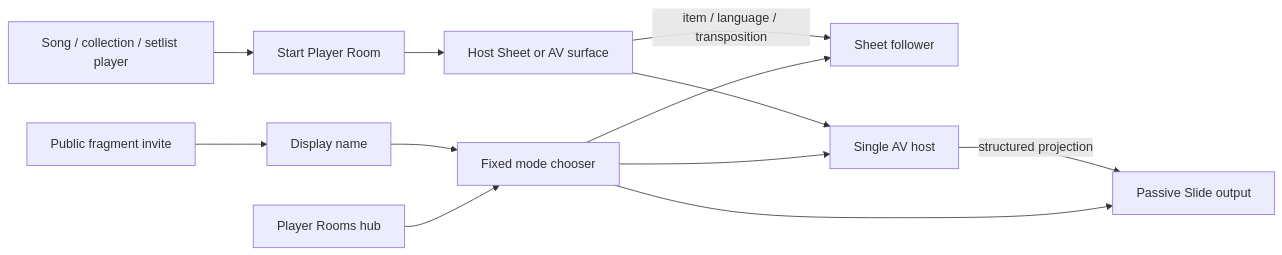
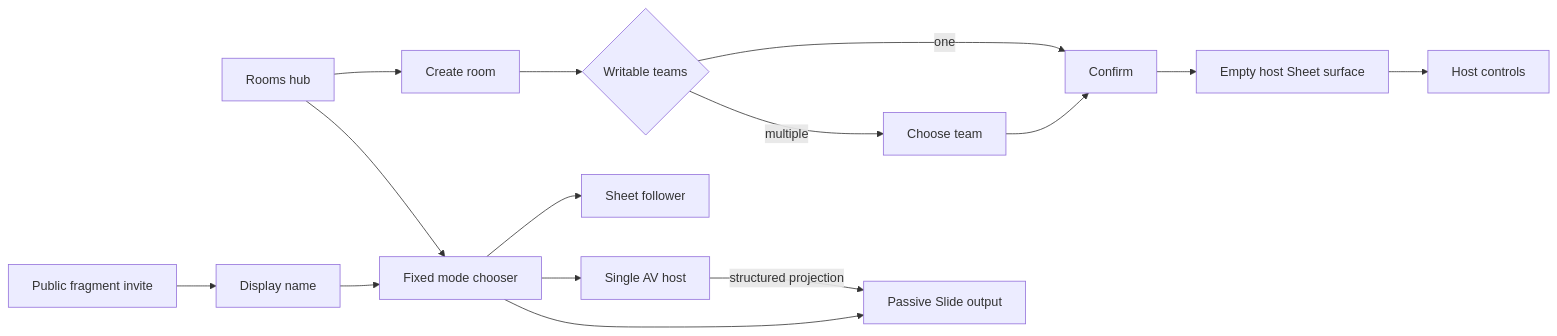
Before and after one commit to xilefmusics/worship_viewer: diagram 50 of 56 in docs/architecture/frontend-user-flows.md, drawn with Mermaid. The commit also changed other lines of this file and 110 other files, not shown here.

First line of the commit message:
feat: add collaborative player rooms

````diff
--- a/docs/architecture/frontend-user-flows.md
+++ b/docs/architecture/frontend-user-flows.md
@@ -859,13 +860,15 @@
 ```mermaid
 flowchart LR
-    source["Song / collection / setlist player"] --> start["Start Player Room"]
-    start --> host["Host Sheet or AV surface"]
-    list["Player Rooms hub"] --> chooser["Fixed mode chooser"]
+    list["Rooms hub"] --> create["Create room"]
+    create --> teams{"Writable teams"}
+    teams -->|"one"| confirm["Confirm"]
+    teams -->|"multiple"| choose["Choose team"] --> confirm
+    confirm --> empty["Empty host Sheet surface"]
+    list --> chooser["Fixed mode chooser"]
     invite["Public fragment invite"] --> name["Display name"] --> chooser
     chooser --> sheet["Sheet follower"]
     chooser --> av["Single AV host"]
     chooser --> slide["Passive Slide output"]
-    host -->|"item / language / transposition"| sheet
-    host --> av
+    empty --> host["Host controls"]
     av -->|"structured projection"| slide
 ```
````
